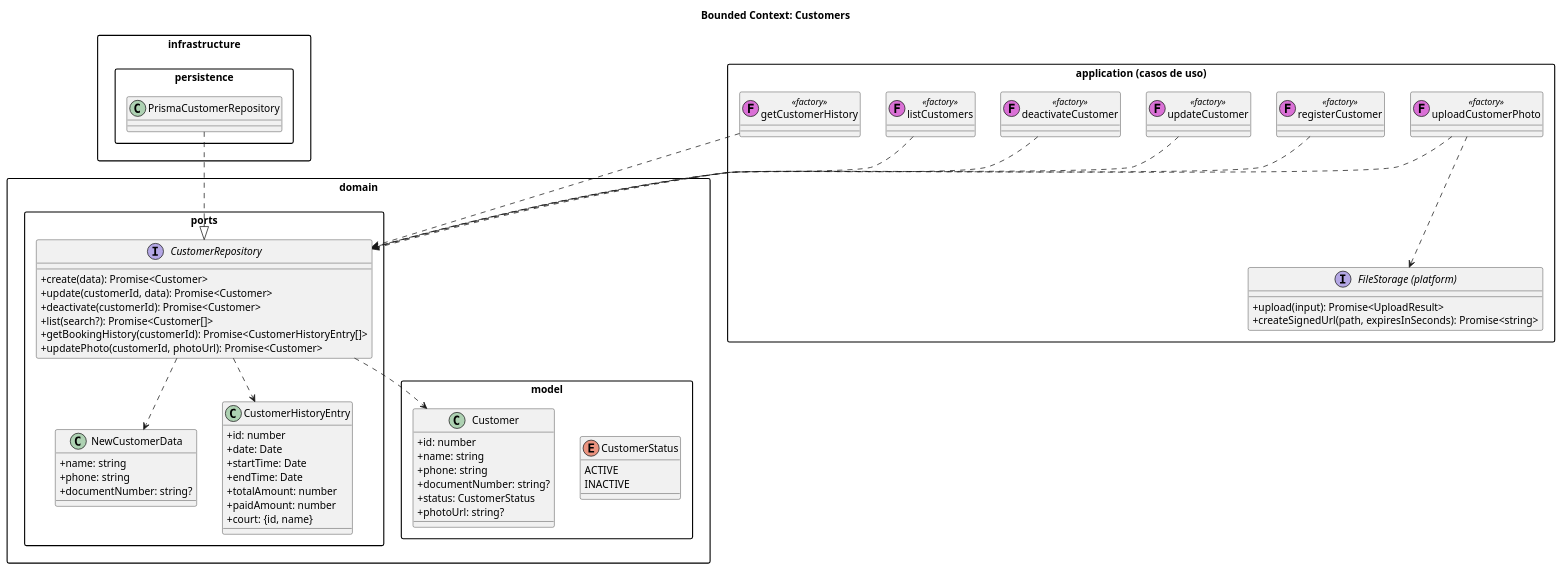
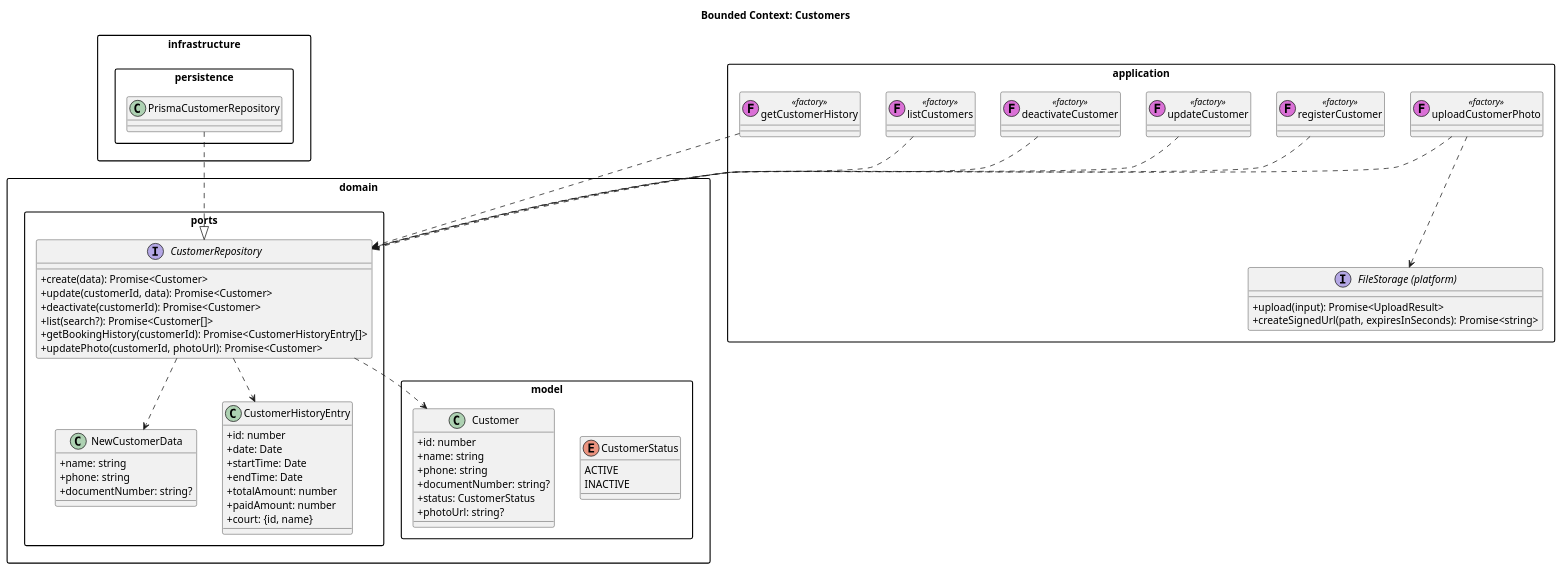
One commit to brianna-salinas/la-canchita-de-carlos-backend changed the diagram in docs/diagrams/customers.puml. Above: the diagram before and after it, drawn with PlantUML. The commit also changed 586 other files, not shown here.

Commit message:
checkpoint: reorganizacion hexagonal + flujo olvide-password + diagramas

```diff
--- a/docs/diagrams/customers.puml
+++ b/docs/diagrams/customers.puml
@@ -1,82 +1,82 @@
 @startuml customers-context
 title Bounded Context: Customers
 
 skinparam classAttributeIconSize 0
 skinparam packageStyle rectangle
 
 package "domain.model" {
   enum CustomerStatus {
     ACTIVE
     INACTIVE
   }
 
   class Customer {
     +id: number
     +name: string
     +phone: string
     +documentNumber: string?
     +status: CustomerStatus
     +photoUrl: string?
   }
 }
 
 package "domain.ports" {
   class NewCustomerData {
     +name: string
     +phone: string
     +documentNumber: string?
   }
 
   class CustomerHistoryEntry {
     +id: number
     +date: Date
     +startTime: Date
     +endTime: Date
     +totalAmount: number
     +paidAmount: number
     +court: {id, name}
   }
 
   interface CustomerRepository {
     +create(data): Promise<Customer>
     +update(customerId, data): Promise<Customer>
     +deactivate(customerId): Promise<Customer>
     +list(search?): Promise<Customer[]>
     +getBookingHistory(customerId): Promise<CustomerHistoryEntry[]>
     +updatePhoto(customerId, photoUrl): Promise<Customer>
   }
 
   CustomerRepository ..> Customer
   CustomerRepository ..> NewCustomerData
   CustomerRepository ..> CustomerHistoryEntry
 }
 
 package "infrastructure.persistence" {
   class PrismaCustomerRepository
 
   PrismaCustomerRepository ..|> CustomerRepository
 }
 
-package "application (casos de uso)" {
+package "application" {
   class registerCustomer << (F,orchid) factory >>
   class updateCustomer << (F,orchid) factory >>
   class deactivateCustomer << (F,orchid) factory >>
   class listCustomers << (F,orchid) factory >>
   class getCustomerHistory << (F,orchid) factory >>
   class uploadCustomerPhoto << (F,orchid) factory >>
 
   interface "FileStorage (platform)" as FileStorage {
     +upload(input): Promise<UploadResult>
     +createSignedUrl(path, expiresInSeconds): Promise<string>
   }
 
   registerCustomer ..> CustomerRepository
   updateCustomer ..> CustomerRepository
   deactivateCustomer ..> CustomerRepository
   listCustomers ..> CustomerRepository
   getCustomerHistory ..> CustomerRepository
   uploadCustomerPhoto ..> CustomerRepository
   uploadCustomerPhoto ..> FileStorage
 }
 
 @enduml
```
